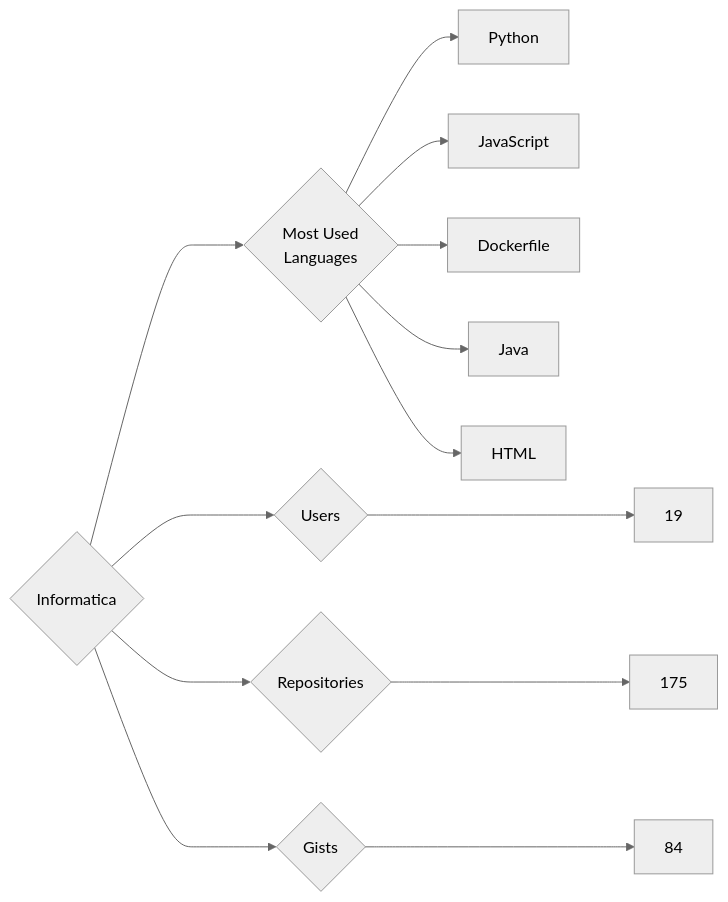
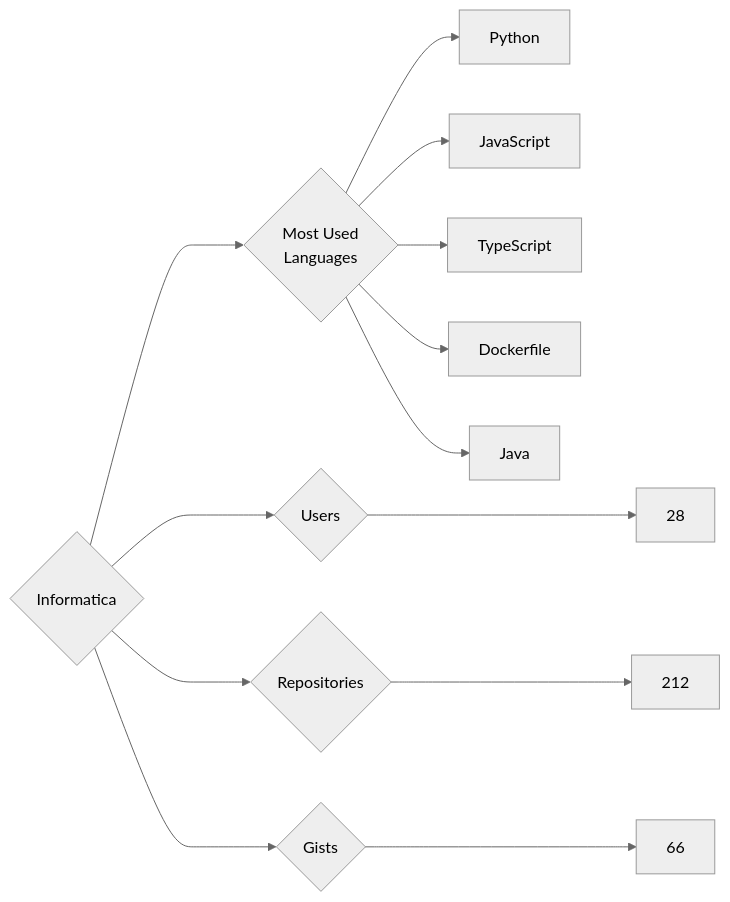
One commit to trickest/insiders changed the diagram in targets/Informatica/README.md. Above: the diagram before and after it, drawn with Mermaid (neutral theme). The commit also changed 951 other files, not shown here.

````diff
--- a/targets/Informatica/README.md
+++ b/targets/Informatica/README.md
@@ -3,13 +3,13 @@
 ```mermaid
 graph LR
 COMPANY_NAME{Informatica}
-COMPANY_NAME ---> U{Users} ---> UN[19]
-COMPANY_NAME ---> R{Repositories} ---> RN[175]
-COMPANY_NAME ---> G{Gists} ---> GN[84]
+COMPANY_NAME ---> U{Users} ---> UN[28]
+COMPANY_NAME ---> R{Repositories} ---> RN[212]
+COMPANY_NAME ---> G{Gists} ---> GN[66]
 COMPANY_NAME ---> ML{Most Used<br>Languages}
-ML --> Python
-ML --> JavaScript
-ML --> Dockerfile
-ML --> Java
-ML --> HTML
+ML --> Python[Python]
+ML --> JavaScript[JavaScript]
+ML --> TypeScript[TypeScript]
+ML --> Dockerfile[Dockerfile]
+ML --> Java[Java]
 ```
````
